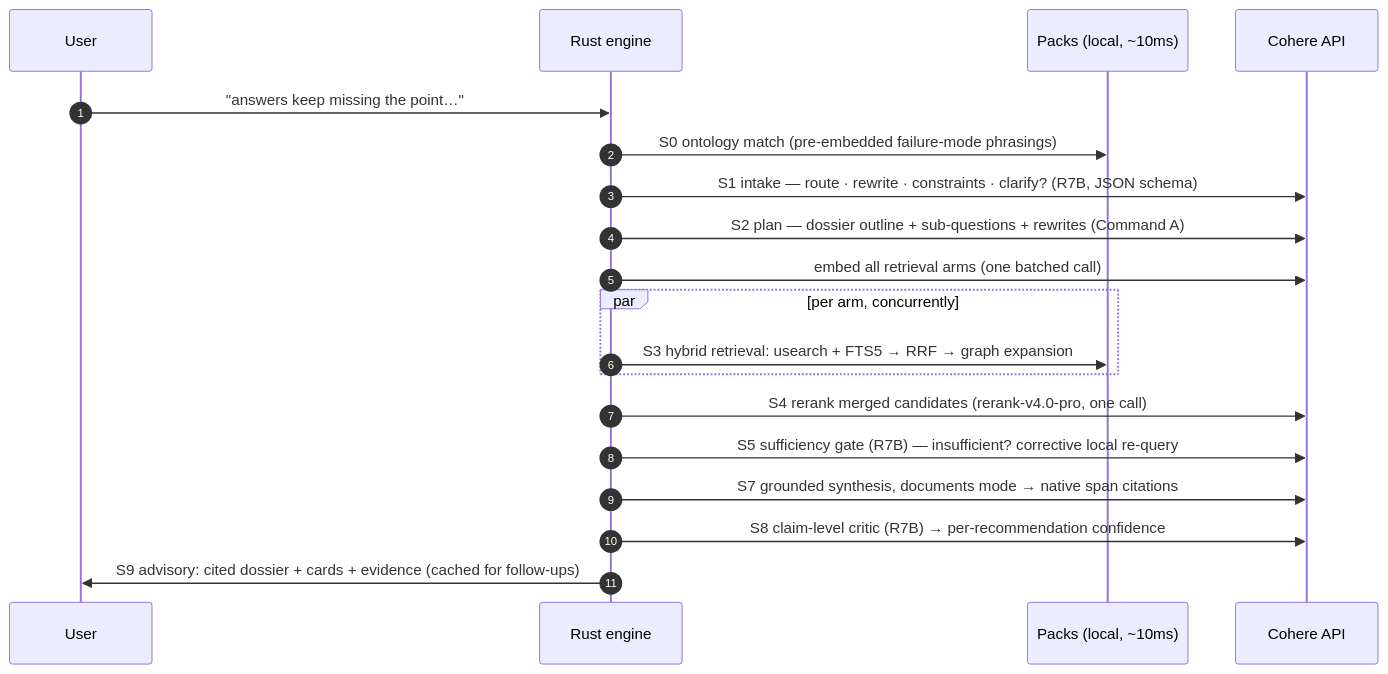
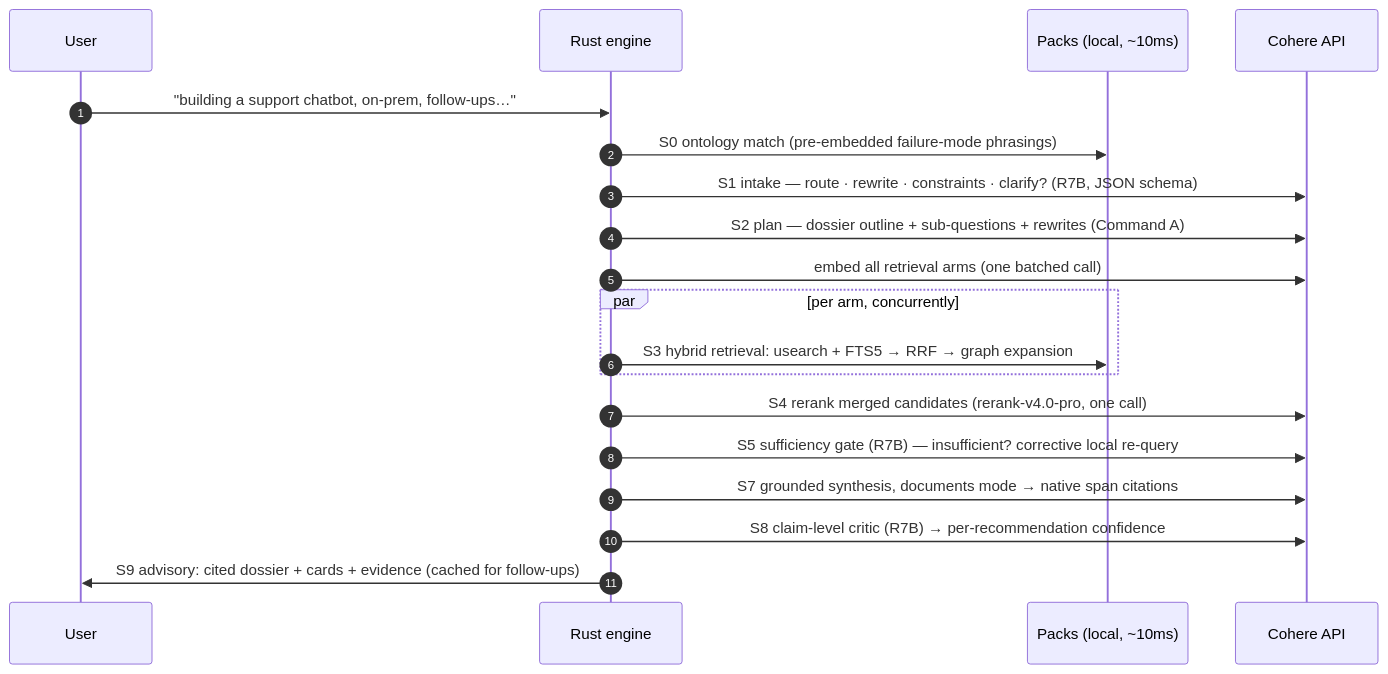
Before and after one commit to AkshitIreddy/compendium: the second of 3 diagrams in README.md, drawn with Mermaid. The commit also changed other lines of this file, not shown here.

````diff
--- a/README.md
+++ b/README.md
@@ -184,22 +192,22 @@
 ```mermaid
 sequenceDiagram
     autonumber
     participant U as User
     participant E as Rust engine
     participant P as Packs (local, ~10ms)
     participant C as Cohere API
 
-    U->>E: "answers keep missing the point…"
+    U->>E: "building a support chatbot, on-prem, follow-ups…"
     E->>P: S0 ontology match (pre-embedded failure-mode phrasings)
     E->>C: S1 intake — route · rewrite · constraints · clarify? (R7B, JSON schema)
     E->>C: S2 plan — dossier outline + sub-questions + rewrites (Command A)
     E->>C: embed all retrieval arms (one batched call)
     par per arm, concurrently
         E->>P: S3 hybrid retrieval: usearch + FTS5 → RRF → graph expansion
     end
     E->>C: S4 rerank merged candidates (rerank-v4.0-pro, one call)
     E->>C: S5 sufficiency gate (R7B) — insufficient? corrective local re-query
     E->>C: S7 grounded synthesis, documents mode → native span citations
     E->>C: S8 claim-level critic (R7B) → per-recommendation confidence
     E->>U: S9 advisory: cited dossier + cards + evidence (cached for follow-ups)
 ```
````
